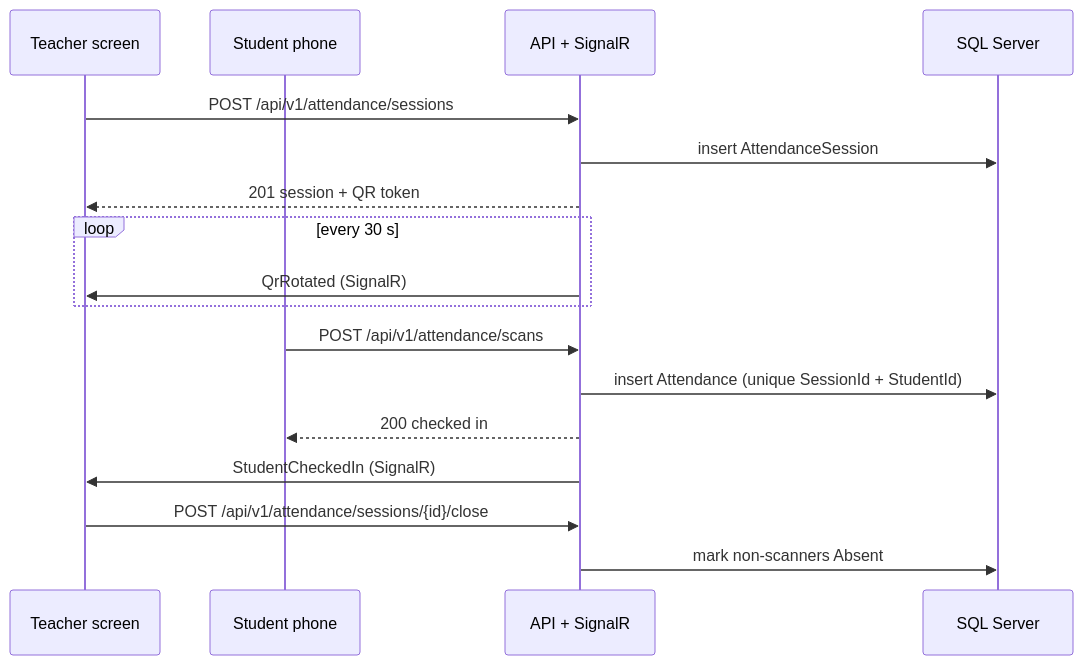
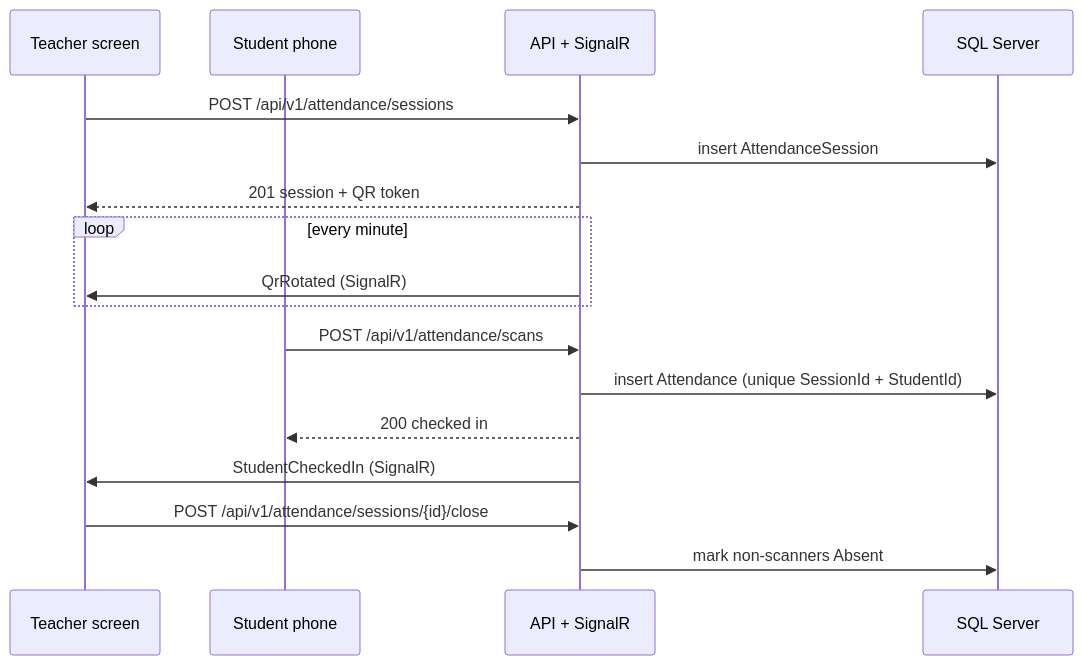
Before and after one commit to ridhwanhabib18/schomans: the diagram in docs/en/diagrams/sequences/qr-attendance.mmd, drawn with Mermaid. The commit also changed 9 other files, not shown here.

```diff
--- a/docs/en/diagrams/sequences/qr-attendance.mmd
+++ b/docs/en/diagrams/sequences/qr-attendance.mmd
@@ -1,18 +1,18 @@
 %% A scan reaches the teacher's screen through one write and one push
 sequenceDiagram
   participant T as Teacher screen
   participant S as Student phone
   participant A as API + SignalR
   participant D as SQL Server
   T->>A: POST /api/v1/attendance/sessions
   A->>D: insert AttendanceSession
   A-->>T: 201 session + QR token
-  loop every 30 s
+  loop every minute
     A->>T: QrRotated (SignalR)
   end
   S->>A: POST /api/v1/attendance/scans
   A->>D: insert Attendance (unique SessionId + StudentId)
   A-->>S: 200 checked in
   A->>T: StudentCheckedIn (SignalR)
   T->>A: POST /api/v1/attendance/sessions/{id}/close
   A->>D: mark non-scanners Absent
```
